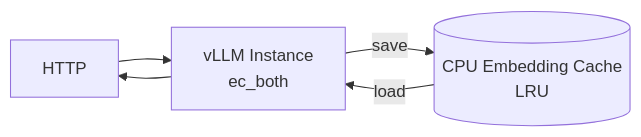
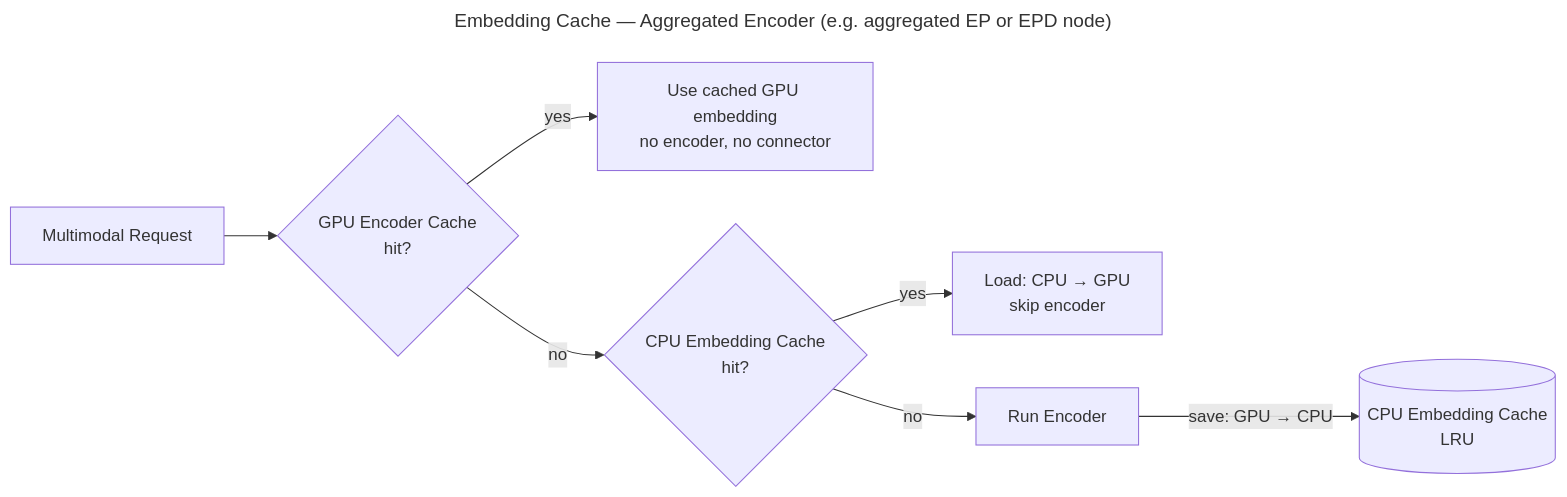
One commit to doublewordai/dynamo changed the second of 3 diagrams in fern/pages-dev/features/multimodal/multimodal-vllm.md. Above: the diagram before and after it, drawn with Mermaid. The commit also changed other lines of this file and 131 other files, not shown here.

````diff
--- a/fern/pages-dev/features/multimodal/multimodal-vllm.md
+++ b/fern/pages-dev/features/multimodal/multimodal-vllm.md
@@ -428,7 +211,12 @@
 ```mermaid
+---
+title: Embedding Cache — Aggregated Encoder (e.g. aggregated EP or EPD node)
+---
 flowchart LR
-  HTTP --> vllm[vLLM Instance<br/>ec_both]
-  vllm --save--> cache[(CPU Embedding Cache<br/>LRU)]
-  cache --load--> vllm
-  vllm --> HTTP
+  req[Multimodal Request] --> gpu{GPU Encoder Cache<br/>hit?}
+  gpu -- yes --> skip[Use cached GPU embedding<br/>no encoder, no connector]
+  gpu -- no --> cpu{CPU Embedding Cache<br/>hit?}
+  cpu -- yes --> load[Load: CPU → GPU<br/>skip encoder]
+  cpu -- no --> encode[Run Encoder]
+  encode -- save: GPU → CPU --> store[(CPU Embedding Cache<br/>LRU)]
 ```
````
